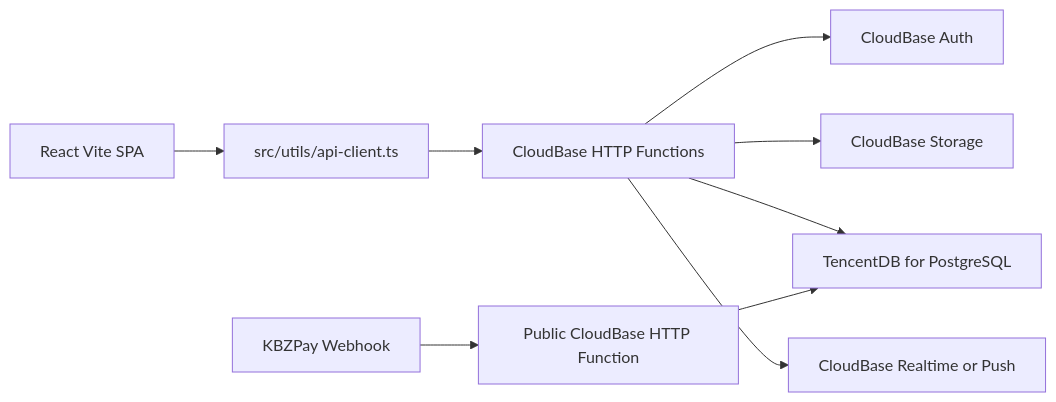
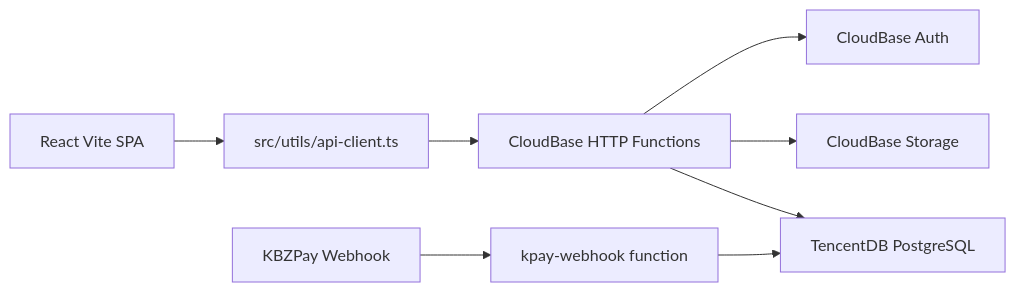
Before and after one commit to aungsone-it/tencent-migration: the diagram in migration.md, drawn with Mermaid. The commit also changed other lines of this file and 14 other files, not shown here.

````diff
--- a/migration.md
+++ b/migration.md
@@ -32,11 +22,10 @@
 ```mermaid
 flowchart LR
-  ReactSpa["React Vite SPA"] --> ApiAdapter["src/utils/api-client.ts"]
-  ApiAdapter --> CloudBaseHttp["CloudBase HTTP Functions"]
+  ReactSpa["React Vite SPA"] --> ApiClient["src/utils/api-client.ts"]
+  ApiClient --> CloudBaseHttp["CloudBase HTTP Functions"]
   CloudBaseHttp --> CloudBaseAuth["CloudBase Auth"]
   CloudBaseHttp --> CloudBaseStorage["CloudBase Storage"]
-  CloudBaseHttp --> TencentPostgres["TencentDB for PostgreSQL"]
-  CloudBaseHttp --> CloudBaseRealtime["CloudBase Realtime or Push"]
-  KbzWebhook["KBZPay Webhook"] --> CloudBaseWebhook["Public CloudBase HTTP Function"]
+  CloudBaseHttp --> TencentPostgres["TencentDB PostgreSQL"]
+  KbzWebhook["KBZPay Webhook"] --> CloudBaseWebhook["kpay-webhook function"]
   CloudBaseWebhook --> TencentPostgres
 ```
````
